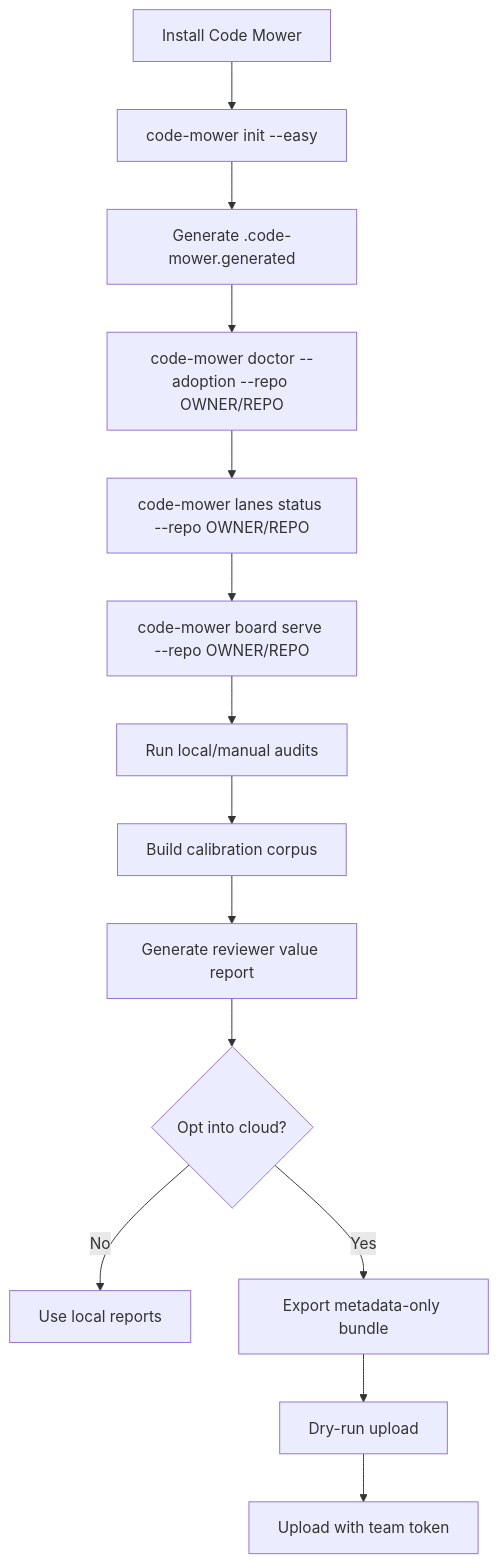
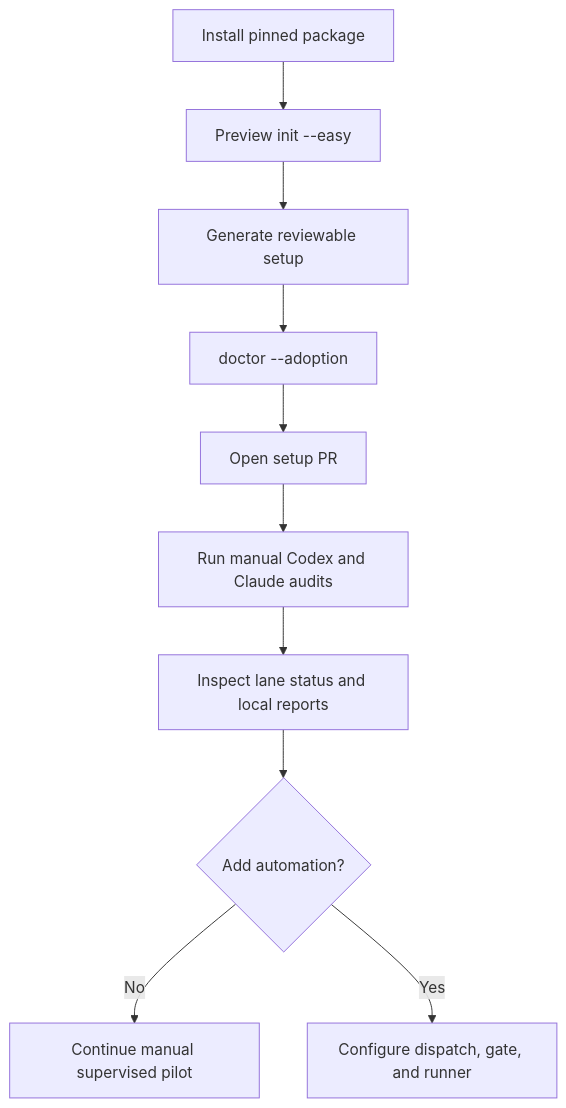
The second of 2 diagrams in docs/architecture.md (codemower-ai/code-mower), drawn with Mermaid before and after one commit. The commit also changed other lines of this file and 31 other files, not shown here.

````diff
--- a/docs/architecture.md
+++ b/docs/architecture.md
@@ -96,16 +165,12 @@
 ```mermaid
 flowchart TD
-  A["Install Code Mower"] --> B["code-mower init --easy"]
-  B --> C["Generate .code-mower.generated"]
-  C --> D["code-mower doctor --adoption --repo OWNER/REPO"]
-  D --> E["code-mower lanes status --repo OWNER/REPO"]
-  E --> F["code-mower board serve --repo OWNER/REPO"]
-  F --> G["Run local/manual audits"]
-  G --> H["Build calibration corpus"]
-  H --> I["Generate reviewer value report"]
-  I --> J{"Opt into cloud?"}
-  J -->|No| K["Use local reports"]
-  J -->|Yes| L["Export metadata-only bundle"]
-  L --> M["Dry-run upload"]
-  M --> N["Upload with team token"]
+  A["Install pinned package"] --> B["Preview init --easy"]
+  B --> C["Generate reviewable setup"]
+  C --> D["doctor --adoption"]
+  D --> E["Open setup PR"]
+  E --> F["Run manual Codex and Claude audits"]
+  F --> G["Inspect lane status and local reports"]
+  G --> H{"Add automation?"}
+  H -->|No| I["Continue manual supervised pilot"]
+  H -->|Yes| J["Configure dispatch, gate, and runner"]
 ```
````
